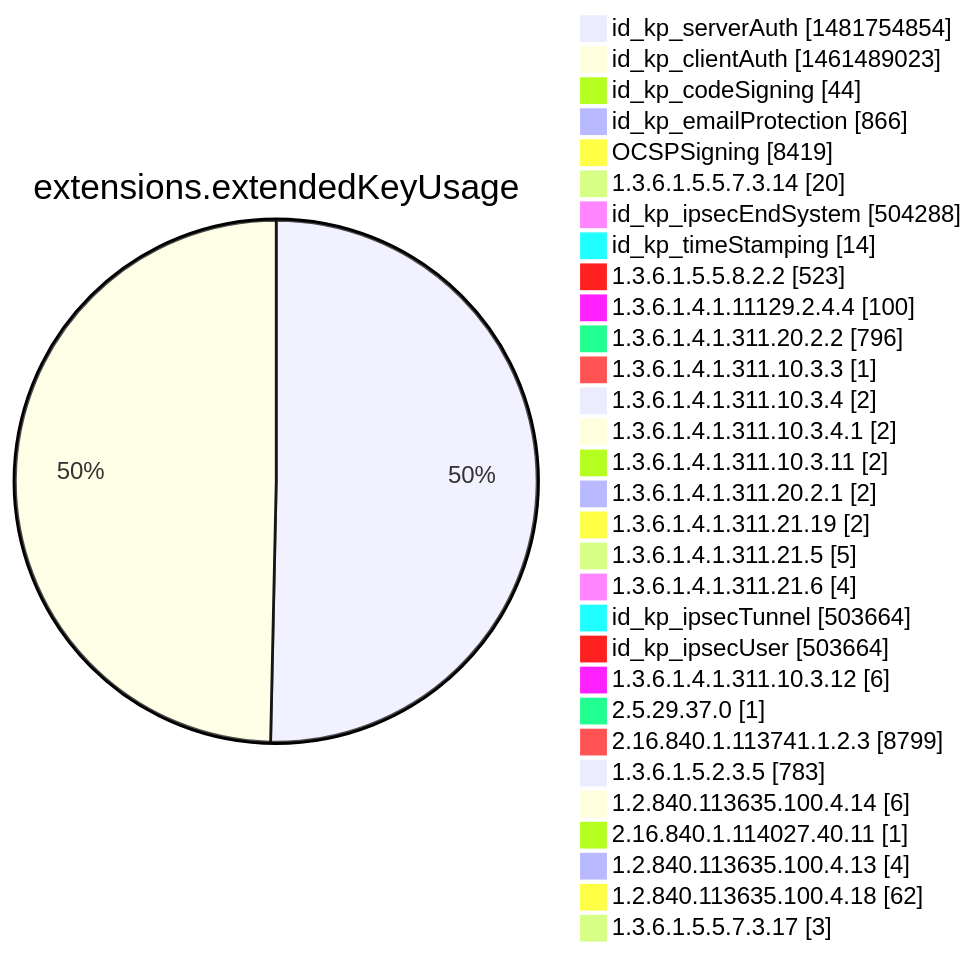
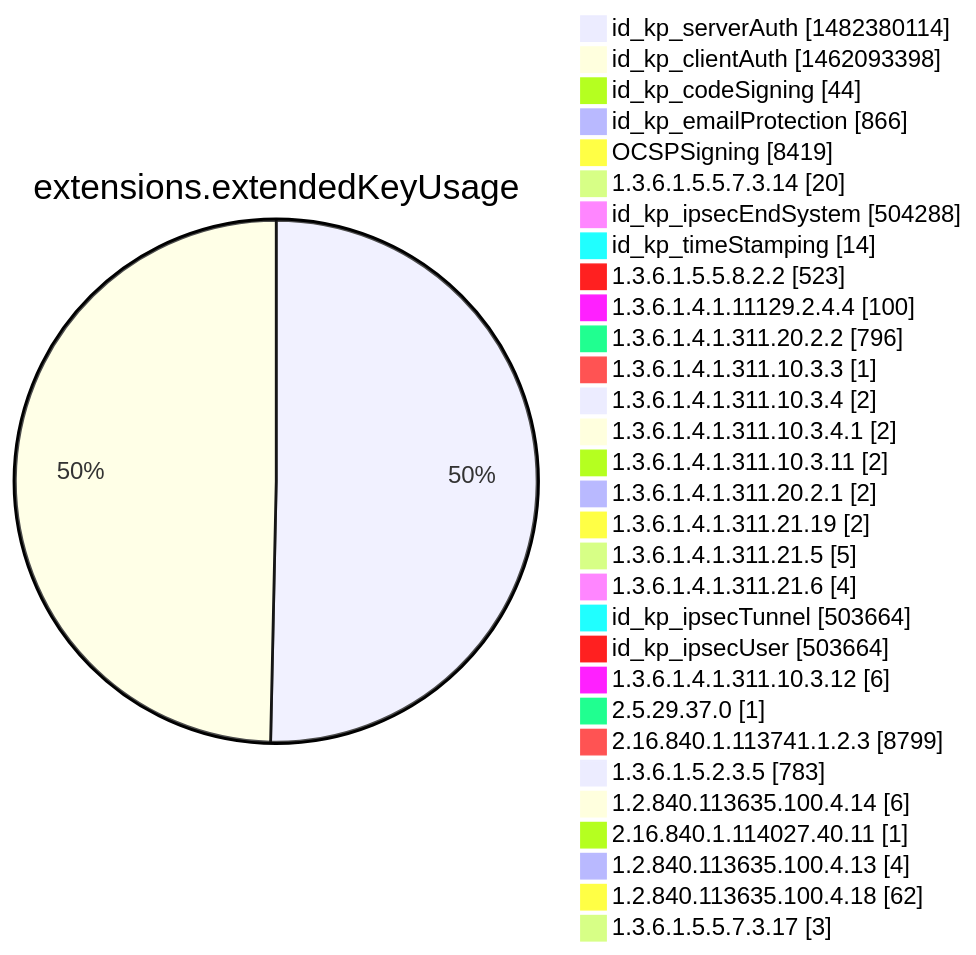
Before and after one commit to christiankrug/ctmonitor_visualization: diagram 12 of 15 in argon2022/README.md, drawn with Mermaid. The commit also changed other lines of this file, not shown here.

````diff
--- a/argon2022/README.md
+++ b/argon2022/README.md
@@ -3555,34 +3555,34 @@
 ```mermaid
 pie showData
 title extensions.extendedKeyUsage
-"id_kp_serverAuth" :1481754854
-"id_kp_clientAuth" :1461489023
+"id_kp_serverAuth" :1482380114
+"id_kp_clientAuth" :1462093398
 "id_kp_codeSigning" :44
 "id_kp_emailProtection" :866
 "OCSPSigning" :8419
 "1.3.6.1.5.5.7.3.14" :20
 "id_kp_ipsecEndSystem" :504288
 "id_kp_timeStamping" :14
 "1.3.6.1.5.5.8.2.2" :523
 "1.3.6.1.4.1.11129.2.4.4" :100
 "1.3.6.1.4.1.311.20.2.2" :796
 "1.3.6.1.4.1.311.10.3.3" :1
 "1.3.6.1.4.1.311.10.3.4" :2
 "1.3.6.1.4.1.311.10.3.4.1" :2
 "1.3.6.1.4.1.311.10.3.11" :2
 "1.3.6.1.4.1.311.20.2.1" :2
 "1.3.6.1.4.1.311.21.19" :2
 "1.3.6.1.4.1.311.21.5" :5
 "1.3.6.1.4.1.311.21.6" :4
 "id_kp_ipsecTunnel" :503664
 "id_kp_ipsecUser" :503664
 "1.3.6.1.4.1.311.10.3.12" :6
 "2.5.29.37.0" :1
 "2.16.840.1.113741.1.2.3" :8799
 "1.3.6.1.5.2.3.5" :783
 "1.2.840.113635.100.4.14" :6
 "2.16.840.1.114027.40.11" :1
 "1.2.840.113635.100.4.13" :4
 "1.2.840.113635.100.4.18" :62
 "1.3.6.1.5.5.7.3.17" :3
 ```
````
